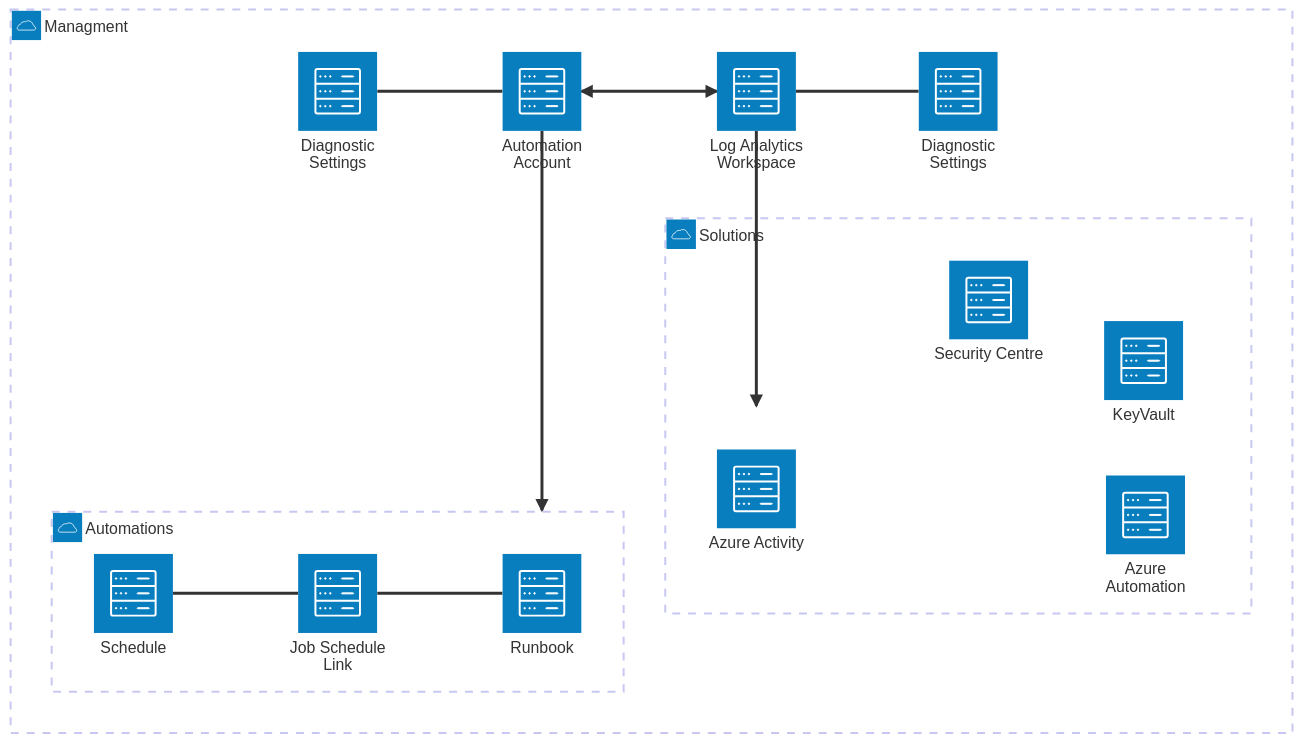
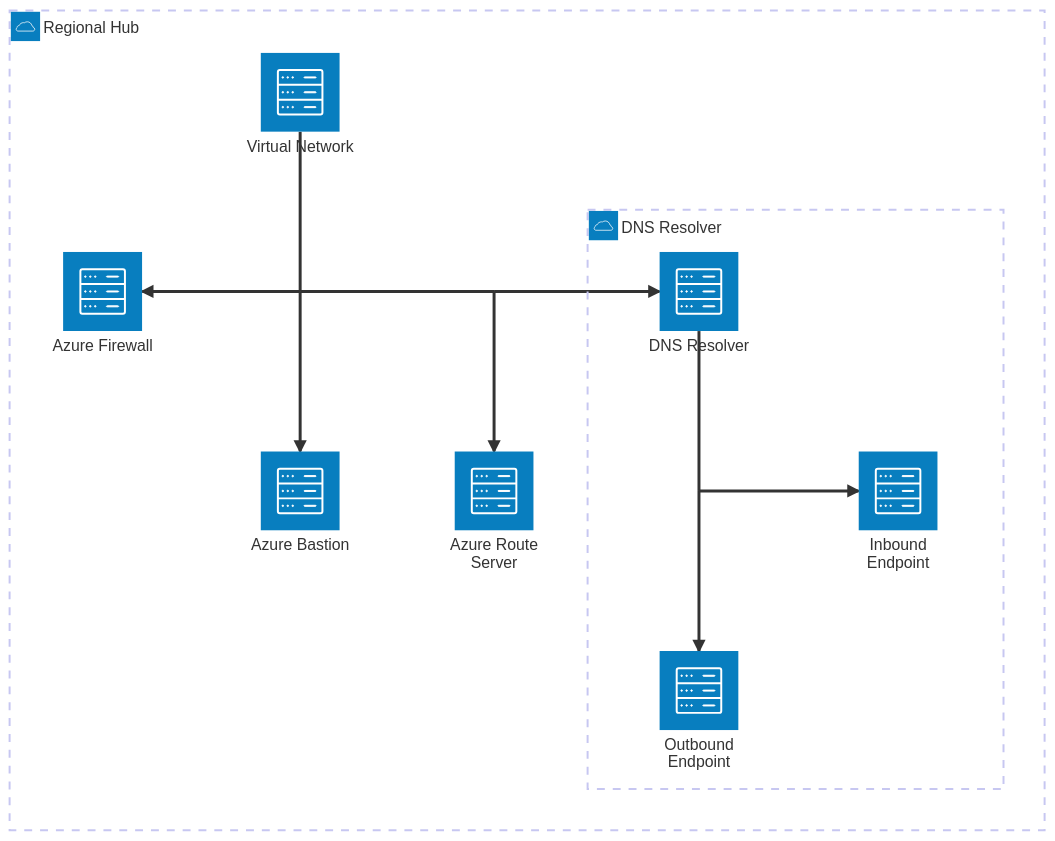
The diagram in Bicep/Resource/RegionalConnectivityHub/ReadMe.md (drewkg/Azure), drawn with Mermaid before and after one commit. The commit also changed other lines of this file, not shown here.

Commit message:
Update Architecture

````diff
--- a/Bicep/Resource/RegionalConnectivityHub/ReadMe.md
+++ b/Bicep/Resource/RegionalConnectivityHub/ReadMe.md
@@ -19,30 +20,28 @@
 ```mermaid
 	architecture-beta
-		group management(cloud)[Managment]
-		group solutions(cloud)[Solutions] in management
-		group automations(cloud)[Automations] in management
+		group hub(cloud)[Regional Hub]
+		group dnsgroup(cloud)[DNS Resolver] in hub
 
-		service loganalytics(server)[Log Analytics Workspace] in management
-		service lawdiagnostics(server)[Diagnostic Settings] in management
-		service automationaccount(server)[Automation Account] in management
-		service aadiagnostics(server)[Diagnostic Settings] in management
+		service network(server)[Virtual Network] in hub
+		service bastion(server)[Azure Bastion] in hub
+		service firewall(server)[Azure Firewall] in hub
+		service route(server)[Azure Route Server] in hub
+		service dns(server)[DNS Resolver] in dnsgroup
+		service inbound(server)[Inbound Endpoint] in dnsgroup
+		service outbound(server)[Outbound Endpoint] in dnsgroup
 
-		service azureactivity(server)[Azure Activity] in solutions
-		service azureautomation(server)[Azure Automation] in solutions
-		service keyvault(server)[KeyVault] in solutions
-		service SecurityCenter(server)[Security Centre] in solutions
+		junction vnet1 in hub
+		junction vnet2 in hub
+		junction dns1 in dnsgroup
 
-		service runbook(server)[Runbook] in automations
-		service schedule(server)[Schedule] in automations
-		service link(server)[Job Schedule Link] in automations
+		network:B -- T:vnet1
+		vnet1:L --> R:firewall
+		vnet1:B --> T:bastion
+		vnet1:R -- L:vnet2
+		vnet2:B --> T:route
+		vnet2:R --> L:dns
+		dns:B -- T:dns1
+		dns1:R --> L:inbound
+		dns1:B --> T:outbound
 
-		loganalytics:L <--> R:automationaccount
-		loganalytics:R -- L:lawdiagnostics
-		automationaccount:L -- R:aadiagnostics
-
-		loganalytics:B --> T:azureactivity{group}
-
-		automationaccount:B --> T:runbook{group}
-		schedule:R -- L:link
-		runbook:L -- R:link
 ```
````
